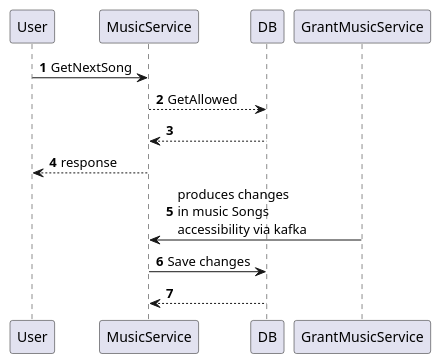
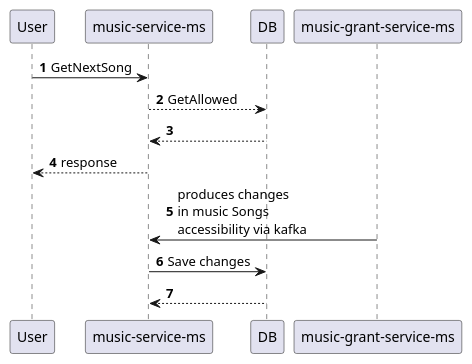
The diagram in docs/microservices.puml (wgdetective/pact-example), drawn with PlantUML before and after one commit. The commit also changed 6 other files, not shown here.

```diff
--- a/docs/microservices.puml
+++ b/docs/microservices.puml
@@ -1,14 +1,14 @@
 @startuml
 'https://plantuml.com/sequence-diagram
 
 autonumber
 
-User -> MusicService: GetNextSong
-MusicService --> DB : GetAllowed
-MusicService <-- DB
-User <-- MusicService  : response
+User -> "music-service-ms": GetNextSong
+"music-service-ms" --> DB : GetAllowed
+"music-service-ms" <-- DB
+User <-- "music-service-ms"  : response
 
-MusicService <- GrantMusicService: produces changes \nin music Songs \naccessibility via kafka
-MusicService -> DB : Save changes
-MusicService <-- DB
+"music-service-ms" <- "music-grant-service-ms": produces changes \nin music Songs \naccessibility via kafka
+"music-service-ms" -> DB : Save changes
+"music-service-ms" <-- DB
 @enduml
```
